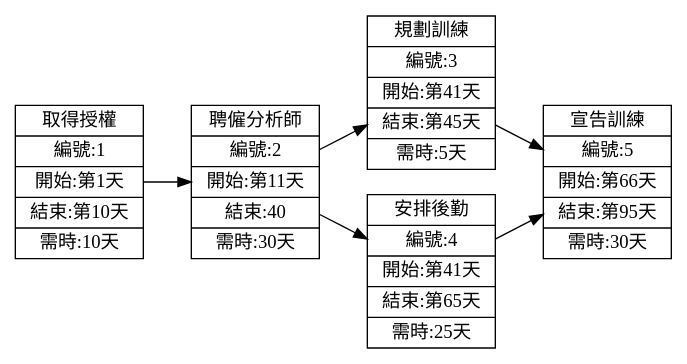
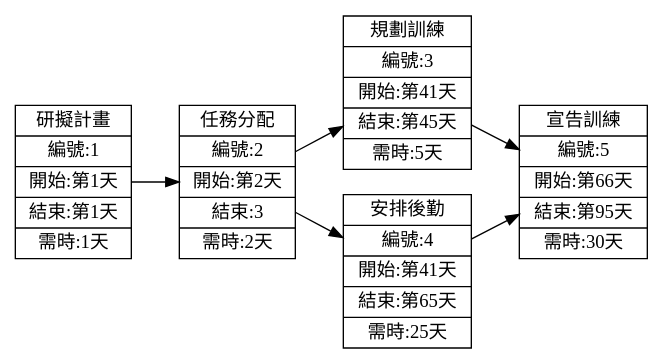
The second of 2 diagrams in HW2.md (C110118260/Test), drawn with Graphviz before and after one commit.

````diff
--- a/HW2.md
+++ b/HW2.md
@@ -23,17 +23,17 @@
 ```graphviz
 digraph {
 	node[shape=record];
 	rankdir="LR";
-    no1 [label = "取得授權 | 編號:1 | 開始:第1天 | 結束:第10天 | 需時:10天"]
-    no2 [label = "聘僱分析師 | 編號:2 | 開始:第11天 | 結束:40 | 需時:30天"]
+    no1 [label = "研擬計畫 | 編號:1 | 開始:第1天 | 結束:第1天 | 需時:1天"]
+    no2 [label = "任務分配  | 編號:2 | 開始:第2天 | 結束:3 | 需時:2天"]
     no1->no2
     no3 [label = "規劃訓練 | 編號:3 | 開始:第41天 | 結束:第45天 | 需時:5天"]
     no4 [label = "安排後勤 | 編號:4 | 開始:第41天 | 結束:第65天 | 需時:25天"]
     {rank=same;no3 no4}
     no2->no3
     no2->no4
     no5 [label = "宣告訓練 | 編號:5 | 開始:第66天 | 結束:第95天 | 需時:30天"]
     no3->no5
     no4->no5
 }
 ```
````
